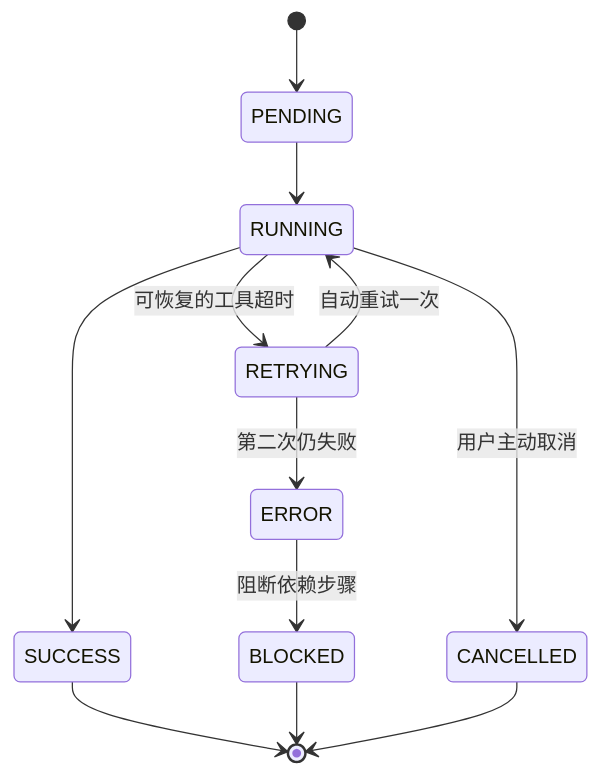
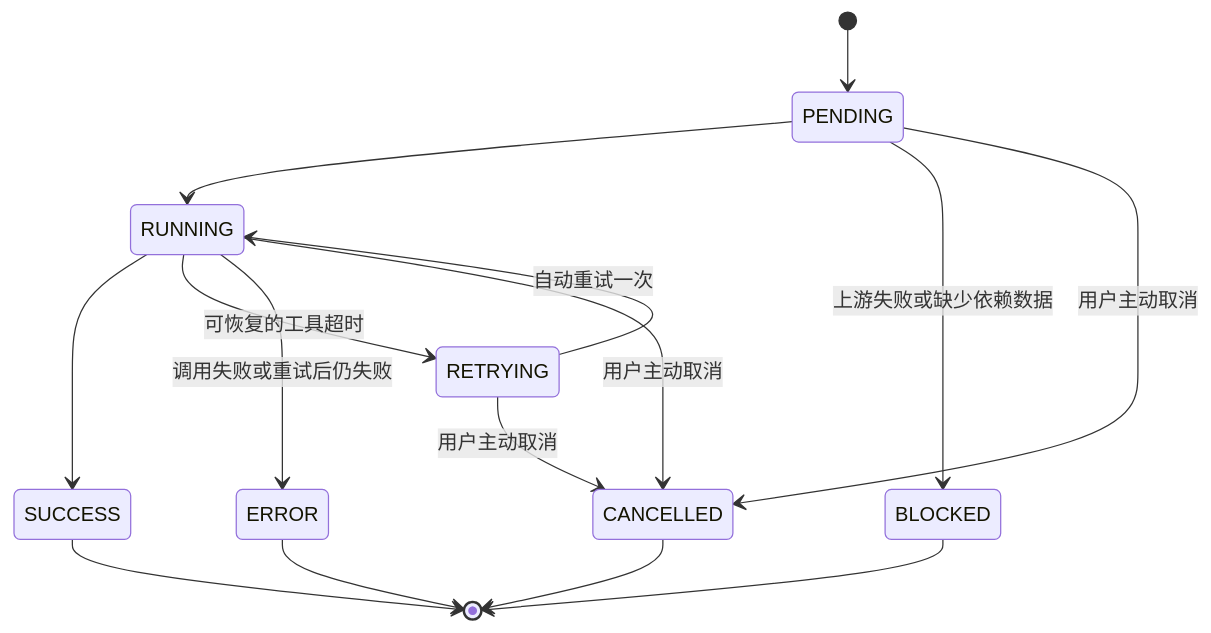
The second of 2 diagrams in README.md (Leon-KTlan/pkg-exception-diagnosis-demo), drawn with Mermaid before and after one commit. The commit also changed other lines of this file and 9 other files, not shown here.

````diff
--- a/README.md
+++ b/README.md
@@ -98,14 +116,17 @@
 ```mermaid
 stateDiagram-v2
     [*] --> PENDING
     PENDING --> RUNNING
     RUNNING --> SUCCESS
     RUNNING --> RETRYING: 可恢复的工具超时
     RETRYING --> RUNNING: 自动重试一次
-    RETRYING --> ERROR: 第二次仍失败
-    ERROR --> BLOCKED: 阻断依赖步骤
+    RUNNING --> ERROR: 调用失败或重试后仍失败
+    PENDING --> BLOCKED: 上游失败或缺少依赖数据
+    PENDING --> CANCELLED: 用户主动取消
+    RETRYING --> CANCELLED: 用户主动取消
+    ERROR --> [*]
     RUNNING --> CANCELLED: 用户主动取消
     SUCCESS --> [*]
     BLOCKED --> [*]
     CANCELLED --> [*]
 ```
````
